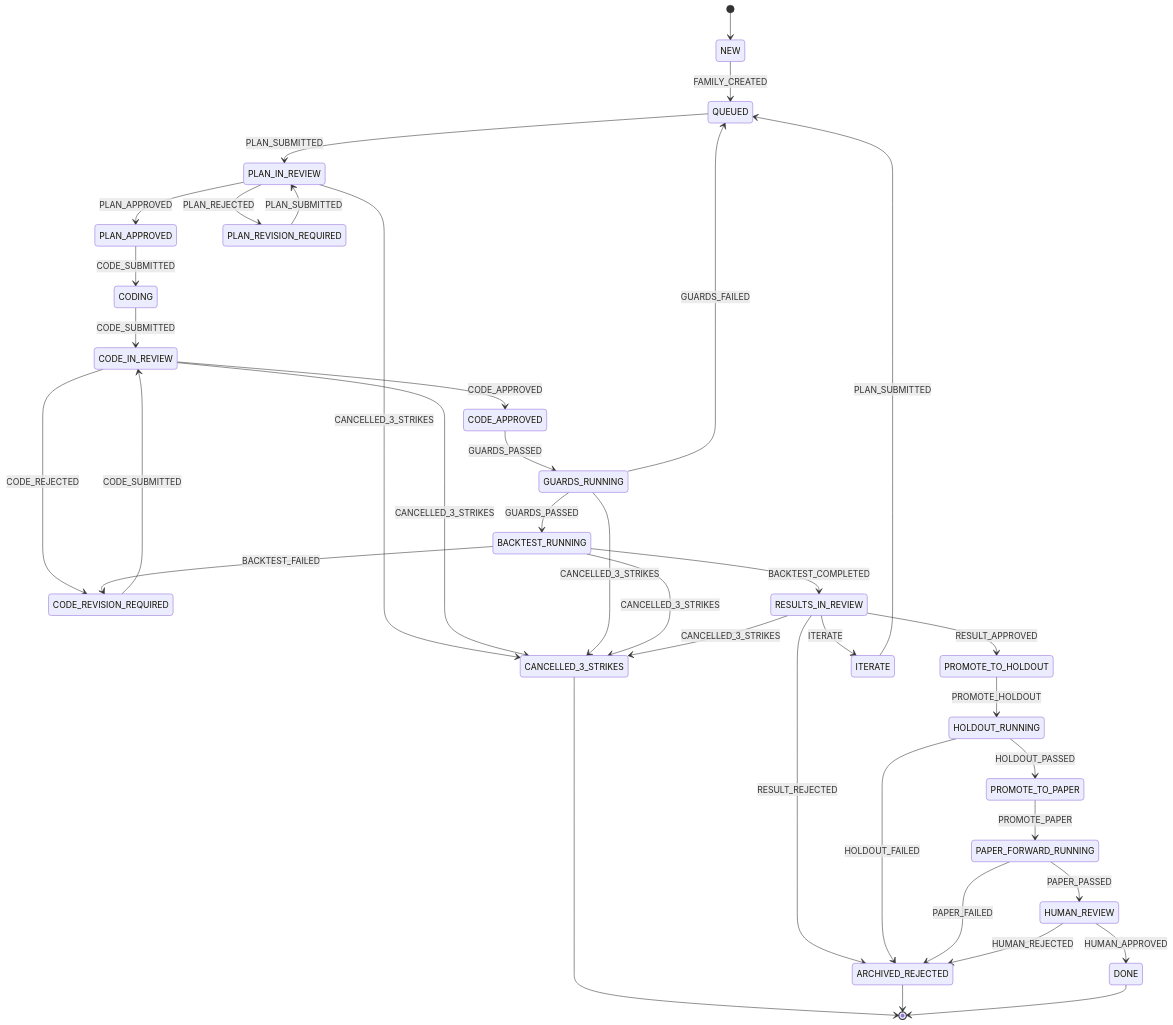
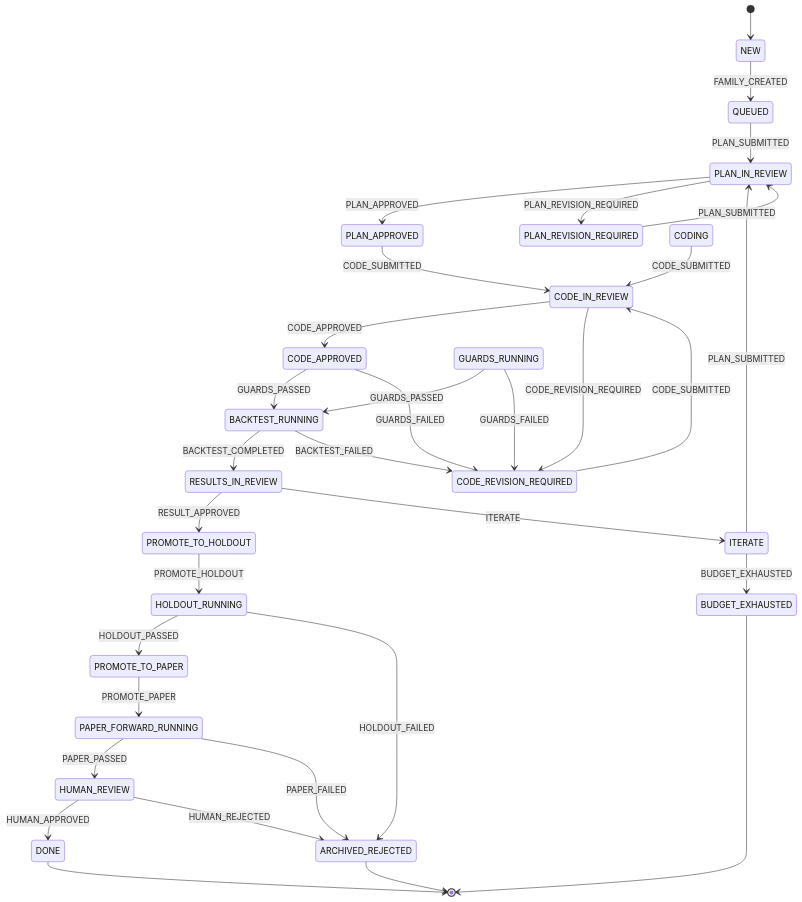
The second of 4 diagrams in README.md (hb4ch/alpha-forge), drawn with Mermaid before and after one commit. The commit also changed other lines of this file and 44 other files, not shown here.

````diff
--- a/README.md
+++ b/README.md
@@ -97,53 +98,49 @@
 ```mermaid
 stateDiagram-v2
     [*] --> NEW
     NEW --> QUEUED : FAMILY_CREATED
 
     QUEUED --> PLAN_IN_REVIEW : PLAN_SUBMITTED
 
     PLAN_IN_REVIEW --> PLAN_APPROVED : PLAN_APPROVED
-    PLAN_IN_REVIEW --> PLAN_REVISION_REQUIRED : PLAN_REJECTED
-    PLAN_IN_REVIEW --> CANCELLED_3_STRIKES : CANCELLED_3_STRIKES
+    PLAN_IN_REVIEW --> PLAN_REVISION_REQUIRED : PLAN_REVISION_REQUIRED
 
     PLAN_REVISION_REQUIRED --> PLAN_IN_REVIEW : PLAN_SUBMITTED
 
-    PLAN_APPROVED --> CODING : CODE_SUBMITTED
+    PLAN_APPROVED --> CODE_IN_REVIEW : CODE_SUBMITTED
     CODING --> CODE_IN_REVIEW : CODE_SUBMITTED
 
     CODE_IN_REVIEW --> CODE_APPROVED : CODE_APPROVED
-    CODE_IN_REVIEW --> CODE_REVISION_REQUIRED : CODE_REJECTED
-    CODE_IN_REVIEW --> CANCELLED_3_STRIKES : CANCELLED_3_STRIKES
+    CODE_IN_REVIEW --> CODE_REVISION_REQUIRED : CODE_REVISION_REQUIRED
 
     CODE_REVISION_REQUIRED --> CODE_IN_REVIEW : CODE_SUBMITTED
 
-    CODE_APPROVED --> GUARDS_RUNNING : GUARDS_PASSED
+    CODE_APPROVED --> BACKTEST_RUNNING : GUARDS_PASSED
+    CODE_APPROVED --> CODE_REVISION_REQUIRED : GUARDS_FAILED
     GUARDS_RUNNING --> BACKTEST_RUNNING : GUARDS_PASSED
-    GUARDS_RUNNING --> QUEUED : GUARDS_FAILED
-    GUARDS_RUNNING --> CANCELLED_3_STRIKES : CANCELLED_3_STRIKES
+    GUARDS_RUNNING --> CODE_REVISION_REQUIRED : GUARDS_FAILED
 
     BACKTEST_RUNNING --> RESULTS_IN_REVIEW : BACKTEST_COMPLETED
     BACKTEST_RUNNING --> CODE_REVISION_REQUIRED : BACKTEST_FAILED
-    BACKTEST_RUNNING --> CANCELLED_3_STRIKES : CANCELLED_3_STRIKES
 
     RESULTS_IN_REVIEW --> PROMOTE_TO_HOLDOUT : RESULT_APPROVED
     RESULTS_IN_REVIEW --> ITERATE : ITERATE
-    RESULTS_IN_REVIEW --> ARCHIVED_REJECTED : RESULT_REJECTED
-    RESULTS_IN_REVIEW --> CANCELLED_3_STRIKES : CANCELLED_3_STRIKES
 
-    ITERATE --> QUEUED : PLAN_SUBMITTED
+    ITERATE --> PLAN_IN_REVIEW : PLAN_SUBMITTED
+    ITERATE --> BUDGET_EXHAUSTED : BUDGET_EXHAUSTED
 
     PROMOTE_TO_HOLDOUT --> HOLDOUT_RUNNING : PROMOTE_HOLDOUT
     HOLDOUT_RUNNING --> PROMOTE_TO_PAPER : HOLDOUT_PASSED
     HOLDOUT_RUNNING --> ARCHIVED_REJECTED : HOLDOUT_FAILED
 
     PROMOTE_TO_PAPER --> PAPER_FORWARD_RUNNING : PROMOTE_PAPER
     PAPER_FORWARD_RUNNING --> HUMAN_REVIEW : PAPER_PASSED
     PAPER_FORWARD_RUNNING --> ARCHIVED_REJECTED : PAPER_FAILED
 
     HUMAN_REVIEW --> DONE : HUMAN_APPROVED
     HUMAN_REVIEW --> ARCHIVED_REJECTED : HUMAN_REJECTED
 
-    CANCELLED_3_STRIKES --> [*]
+    BUDGET_EXHAUSTED --> [*]
     ARCHIVED_REJECTED --> [*]
     DONE --> [*]
 ```
````
